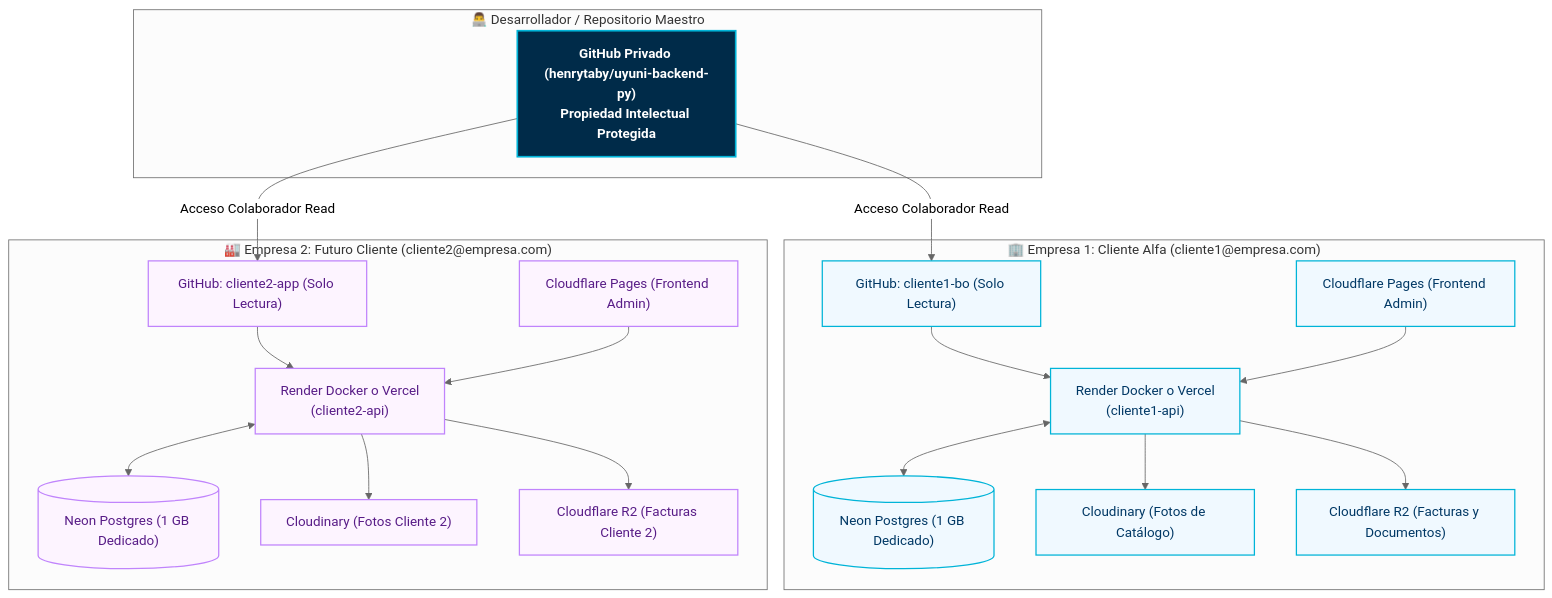
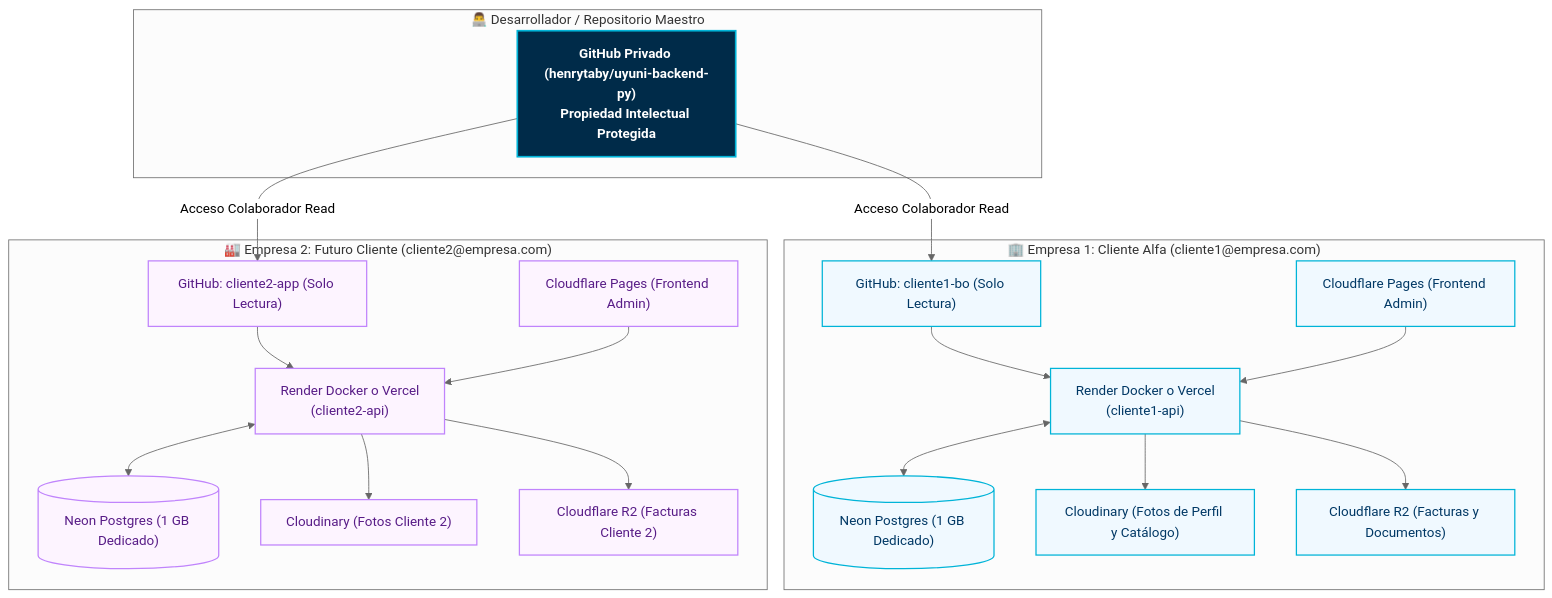
Before and after one commit to henrytaby/uyuni-backend-py: the diagram in docs/deployment/README.md, drawn with Mermaid (neutral theme). The commit also changed 21 other files, not shown here.

````diff
--- a/docs/deployment/README.md
+++ b/docs/deployment/README.md
@@ -21,50 +21,50 @@
 ```mermaid
 flowchart TD
     %% ==========================================
     %% ARQUITECTURA MULTI-CLIENTE MARCA BLANCA
     %% ==========================================
     
     subgraph DevMaster ["👨‍💻 Desarrollador / Repositorio Maestro"]
         REPO["GitHub Privado (henrytaby/uyuni-backend-py)<br/>Propiedad Intelectual Protegida"]
     end
 
     subgraph Client1 ["🏢 Empresa 1: Cliente Alfa (cliente1@empresa.com)"]
         GH1["GitHub: cliente1-bo (Solo Lectura)"]
         NEON1[("Neon Postgres (1 GB Dedicado)")]
         SERVER1["Render Docker o Vercel<br/>(cliente1-api)"]
-        CLD1["Cloudinary (Fotos de Catálogo)"]
+        CLD1["Cloudinary (Fotos de Perfil y Catálogo)"]
         R2_1["Cloudflare R2 (Facturas y Documentos)"]
         PAGES1["Cloudflare Pages (Frontend Admin)"]
     end
 
     subgraph Client2 ["🏭 Empresa 2: Futuro Cliente (cliente2@empresa.com)"]
         GH2["GitHub: cliente2-app (Solo Lectura)"]
         NEON2[("Neon Postgres (1 GB Dedicado)")]
         SERVER2["Render Docker o Vercel<br/>(cliente2-api)"]
         CLD2["Cloudinary (Fotos Cliente 2)"]
         R2_2["Cloudflare R2 (Facturas Cliente 2)"]
         PAGES2["Cloudflare Pages (Frontend Admin)"]
     end
 
     REPO -->|Acceso Colaborador Read| GH1
     REPO -->|Acceso Colaborador Read| GH2
 
     GH1 --> SERVER1 <--> NEON1
     SERVER1 --> CLD1
     SERVER1 --> R2_1
     PAGES1 --> SERVER1
 
     GH2 --> SERVER2 <--> NEON2
     SERVER2 --> CLD2
     SERVER2 --> R2_2
     PAGES2 --> SERVER2
 
     %% Estilos Corporativos Uyuni
     classDef devNode fill:#002b49,stroke:#00b4d8,stroke-width:2px,color:#ffffff,font-weight:bold;
     classDef c1Node fill:#f0f9ff,stroke:#00b4d8,stroke-width:1.5px,color:#003865;
     classDef c2Node fill:#fdf4ff,stroke:#c084fc,stroke-width:1.5px,color:#581c87;
 
     class REPO devNode;
     class GH1,NEON1,SERVER1,CLD1,R2_1,PAGES1 c1Node;
     class GH2,NEON2,SERVER2,CLD2,R2_2,PAGES2 c2Node;
 ```
````
